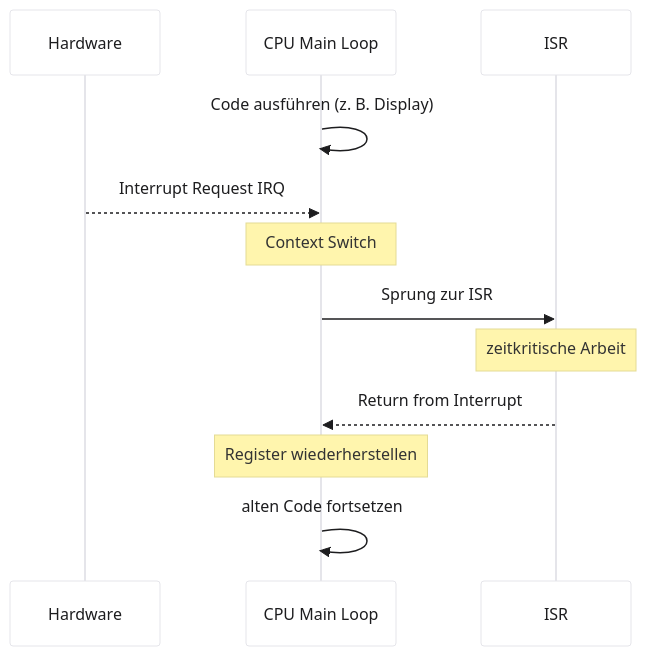
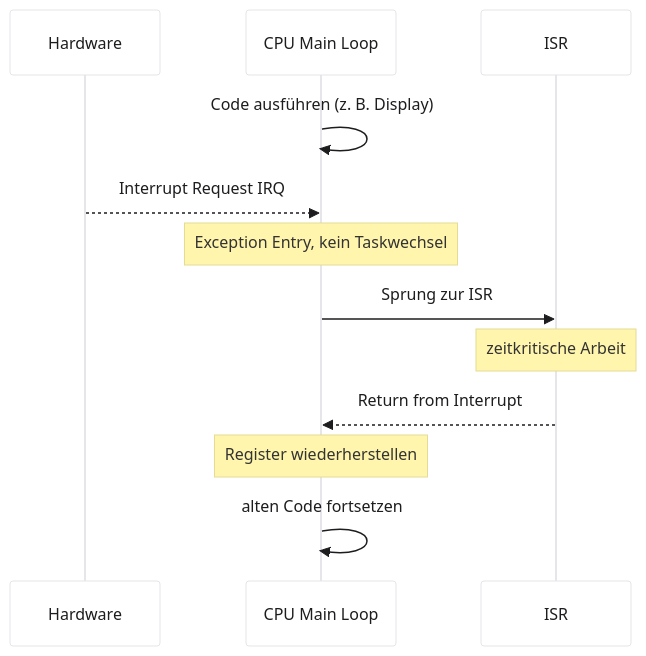
The fifth of 15 diagrams in vorlesungen/01_was-ist-echtzeit.qmd (dantschi/echtzeitsysteme), drawn with Mermaid before and after one commit. The commit also changed other lines of this file and 3 other files, not shown here.

````diff
--- a/vorlesungen/01_was-ist-echtzeit.qmd
+++ b/vorlesungen/01_was-ist-echtzeit.qmd
@@ -560,16 +698,16 @@
 ```{mermaid}
 %%| fig-width: 5.2
 %%{init: {'theme': 'base', 'themeVariables': {'background': '#FFFFFF', 'primaryColor': '#FFFFFF', 'primaryBorderColor': '#E5E5EA', 'primaryTextColor': '#1D1D1F', 'lineColor': '#86868B', 'secondaryColor': '#F5F5F7', 'tertiaryColor': '#FFFFFF', 'mainBkg': '#FFFFFF', 'nodeBorder': '#E5E5EA', 'clusterBkg': '#F5F5F7', 'clusterBorder': '#E5E5EA', 'titleColor': '#1D1D1F', 'edgeLabelBackground': '#FFFFFF'}}}%%
 sequenceDiagram
   participant HW as Hardware
   participant CPU as CPU Main Loop
   participant ISR as ISR
   CPU->>CPU: Code ausführen (z. B. Display)
   HW-->>CPU: Interrupt Request IRQ
-  Note over CPU: Context Switch
+  Note over CPU: Exception Entry, kein Taskwechsel
   CPU->>ISR: Sprung zur ISR
   Note over ISR: zeitkritische Arbeit
   ISR-->>CPU: Return from Interrupt
   Note over CPU: Register wiederherstellen
   CPU->>CPU: alten Code fortsetzen
 ```
````
